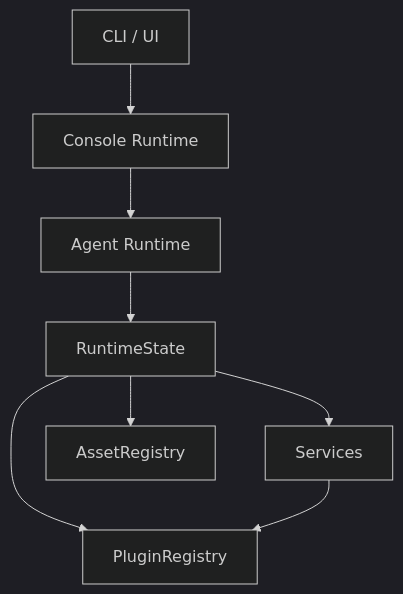
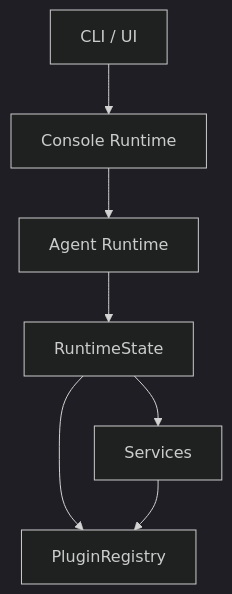
Before and after one commit to wangenius/downcity: the second of 3 diagrams in homepage/content/devdocs/zh/package/runtime-evolution.mdx, drawn with Mermaid (dark theme). The commit also changed other lines of this file and 92 other files, not shown here.

````diff
--- a/homepage/content/devdocs/zh/package/runtime-evolution.mdx
+++ b/homepage/content/devdocs/zh/package/runtime-evolution.mdx
@@ -165,10 +165,9 @@
 ```mermaid
 flowchart TD
   CLI["CLI / UI"] --> CONSOLE["Console Runtime"]
   CONSOLE --> AGENT["Agent Runtime"]
   AGENT --> RT["RuntimeState"]
   RT --> SVC["Services"]
   RT --> PR["PluginRegistry"]
-  RT --> AR["AssetRegistry"]
   SVC --> PR
 ```
````
